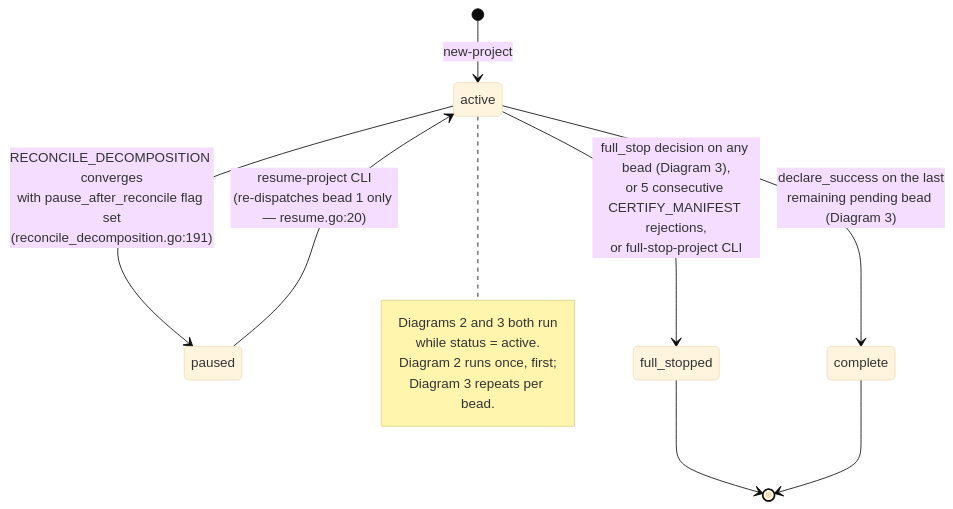
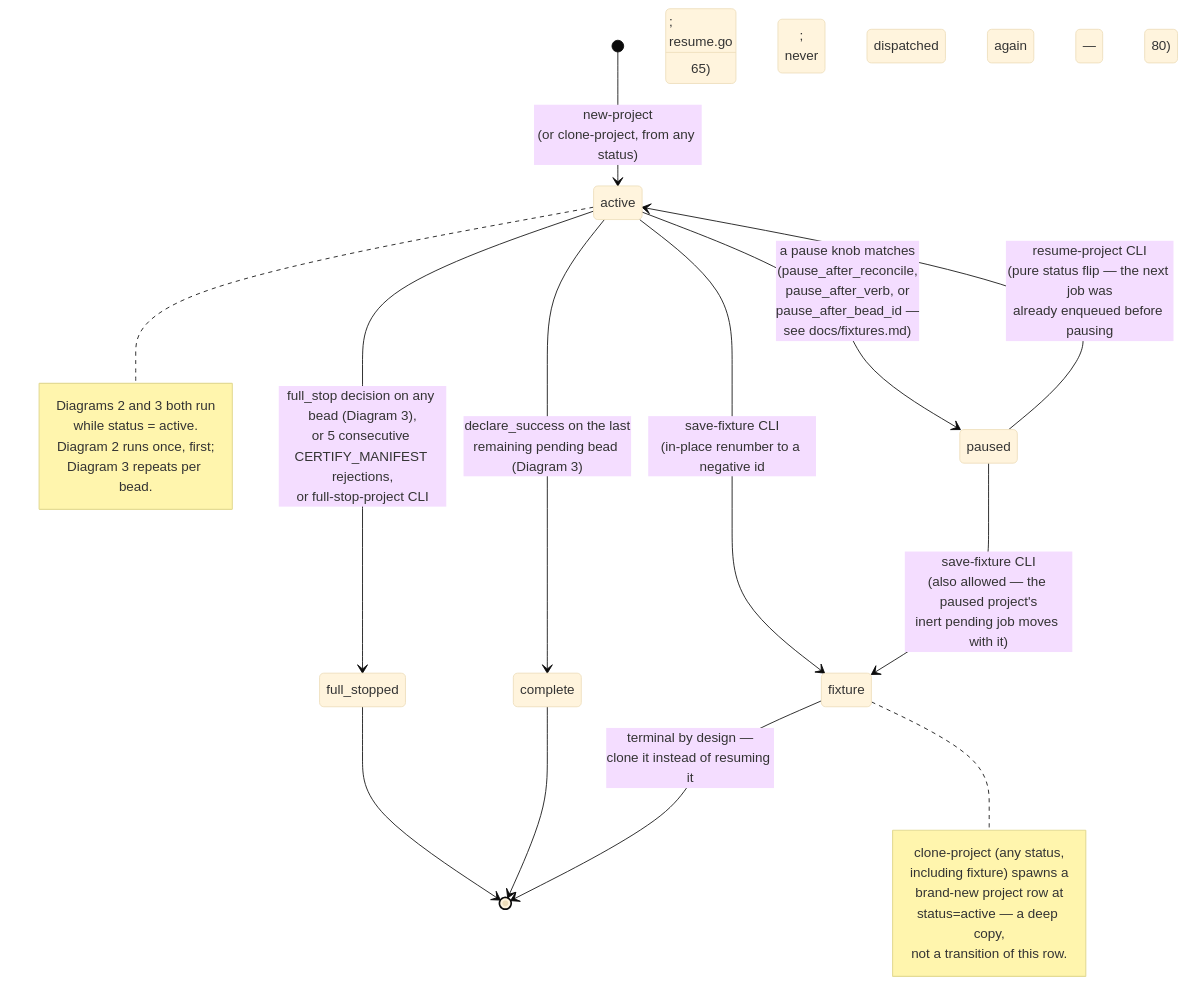
Before and after one commit to lehmann314159/ratchet: the first of 4 diagrams in docs/ratchet_state_machine.md, drawn with Mermaid (base theme). The commit also changed other lines of this file and 1 other file, not shown here.

Commit message:
docs: fixtures.md — pause points, save-fixture, and clone-project workflow
Adds a dedicated writeup of the three pause knobs and the fixture/clone
CLI subcommands, with a worked end-to-end example. Also fixes Diagram 1 in
ratchet_state_machine.md, which still showed the pre-fixture 4-value
project.status and single-knob pause transition.

````diff
--- a/docs/ratchet_state_machine.md
+++ b/docs/ratchet_state_machine.md
@@ -16,17 +18,28 @@
 ```mermaid
 stateDiagram-v2
-    [*] --> active : new-project
-    active --> paused : RECONCILE_DECOMPOSITION converges<br/>with pause_after_reconcile flag set<br/>(reconcile_decomposition.go:191)
-    paused --> active : resume-project CLI<br/>(re-dispatches bead 1 only — resume.go:20)
+    [*] --> active : new-project<br/>(or clone-project, from any status)
+    active --> paused : a pause knob matches<br/>(pause_after_reconcile,<br/>pause_after_verb, or<br/>pause_after_bead_id —<br/>see docs/fixtures.md)
+    paused --> active : resume-project CLI<br/>(pure status flip — the next job was<br/>already enqueued before pausing;<br/>resume.go:65)
     active --> full_stopped : full_stop decision on any bead (Diagram 3),<br/>or 5 consecutive CERTIFY_MANIFEST rejections,<br/>or full-stop-project CLI
     active --> complete : declare_success on the last<br/>remaining pending bead (Diagram 3)
+    active --> fixture : save-fixture CLI<br/>(in-place renumber to a negative id;<br/>never dispatched again — fixture.go:80)
+    paused --> fixture : save-fixture CLI<br/>(also allowed — the paused project's<br/>inert pending job moves with it)
     full_stopped --> [*]
     complete --> [*]
+    fixture --> [*] : terminal by design —<br/>clone it instead of resuming it
 
     note right of active
       Diagrams 2 and 3 both run
       while status = active.
       Diagram 2 runs once, first;
       Diagram 3 repeats per bead.
     end note
+
+    note right of fixture
+      clone-project (any status,
+      including fixture) spawns a
+      brand-new project row at
+      status=active — a deep copy,
+      not a transition of this row.
+    end note
 ```
````
